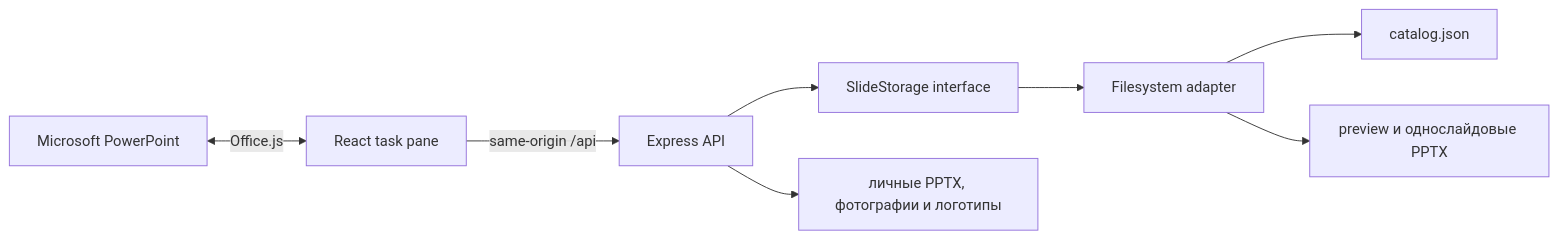
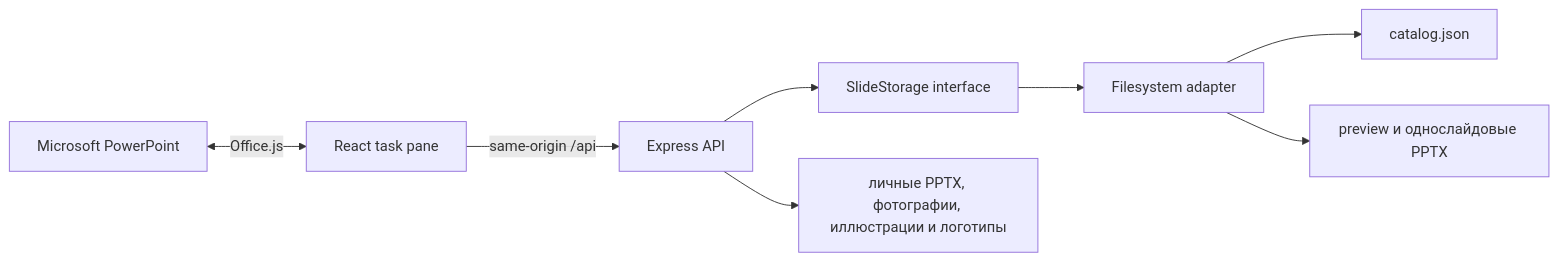
Before and after one commit to w3L1k/corporate_slide_library: the diagram in README.md, drawn with Mermaid. The commit also changed other lines of this file and 9 other files, not shown here.

````diff
--- a/README.md
+++ b/README.md
@@ -47,10 +47,10 @@
 ```mermaid
 flowchart LR
     PP["Microsoft PowerPoint"] <-->|"Office.js"| TP["React task pane"]
     TP -->|"same-origin /api"| API["Express API"]
     API --> SS["SlideStorage interface"]
     SS --> FS["Filesystem adapter"]
     FS --> CAT["catalog.json"]
     FS --> ASSETS["preview и однослайдовые PPTX"]
-    API --> PERSONAL["личные PPTX, фотографии и логотипы"]
+    API --> PERSONAL["личные PPTX, фотографии, иллюстрации и логотипы"]
 ```
````
